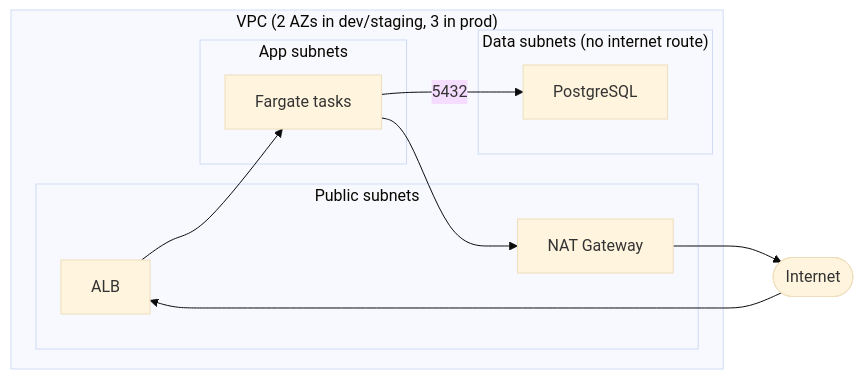
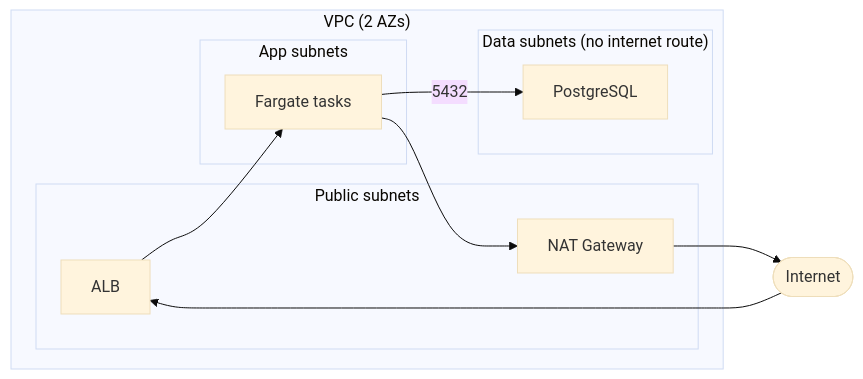
The second of 2 diagrams in README.md (rgutmen/LexiCheck), drawn with Mermaid (base theme) before and after one commit. The commit also changed other lines of this file and 2 other files, not shown here.

````diff
--- a/README.md
+++ b/README.md
@@ -41,19 +41,19 @@
 ```mermaid
 flowchart LR
-    subgraph VPC["VPC (2 AZs in dev/staging, 3 in prod)"]
+    subgraph VPC["VPC (2 AZs)"]
         subgraph pub["Public subnets"]
             ALB2["ALB"]
             NAT["NAT Gateway"]
         end
         subgraph app["App subnets"]
             ECS2["Fargate tasks"]
         end
         subgraph data["Data subnets (no internet route)"]
             RDS2["PostgreSQL"]
         end
     end
 
     Internet(["Internet"]) --> ALB2 --> ECS2
     ECS2 --> NAT --> Internet
     ECS2 -->|5432| RDS2
 ```
````
